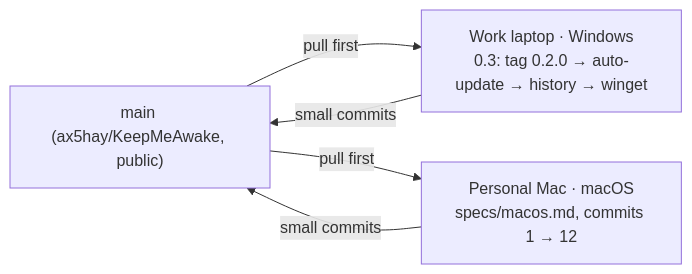
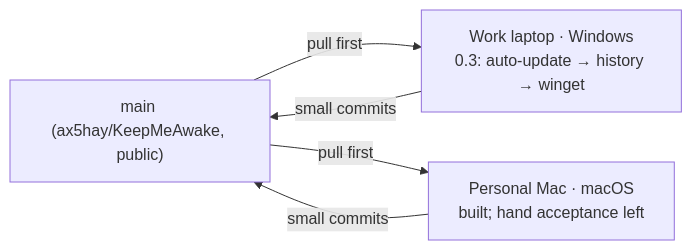
Before and after one commit to ax5hay/KeepMeAwake: the diagram in docs/HANDOFF.md, drawn with Mermaid. The commit also changed other lines of this file, not shown here.

First line of the commit message:
docs(handoff): macOS built, v0.2.0 out as a pre-release

````diff
--- a/docs/HANDOFF.md
+++ b/docs/HANDOFF.md
@@ -13,10 +16,10 @@
 ```mermaid
 flowchart LR
     main["main (ax5hay/KeepMeAwake, public)"]
-    win["Work laptop · Windows<br/>0.3: tag 0.2.0 → auto-update → history → winget"]
-    mac["Personal Mac · macOS<br/>specs/macos.md, commits 1 → 12"]
+    win["Work laptop · Windows<br/>0.3: auto-update → history → winget"]
+    mac["Personal Mac · macOS<br/>built; hand acceptance left"]
     win -->|small commits| main
     mac -->|small commits| main
     main -->|pull first| win
     main -->|pull first| mac
 ```
````
